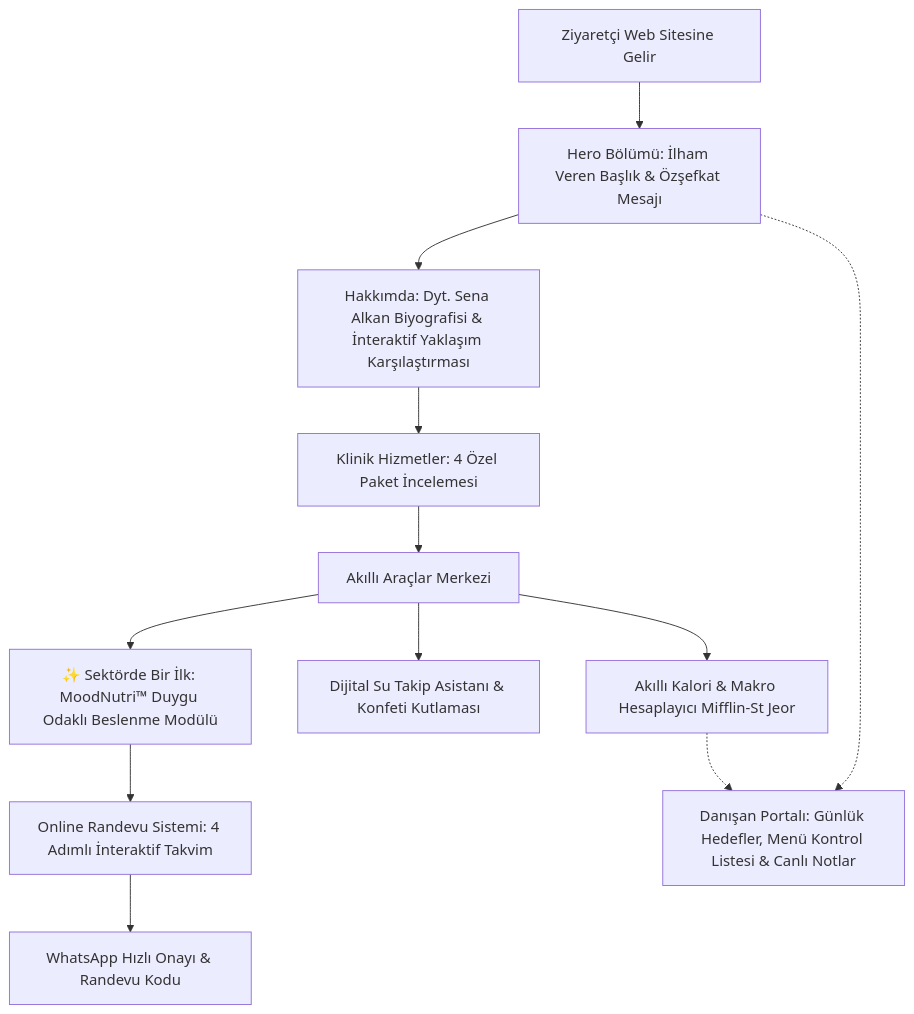
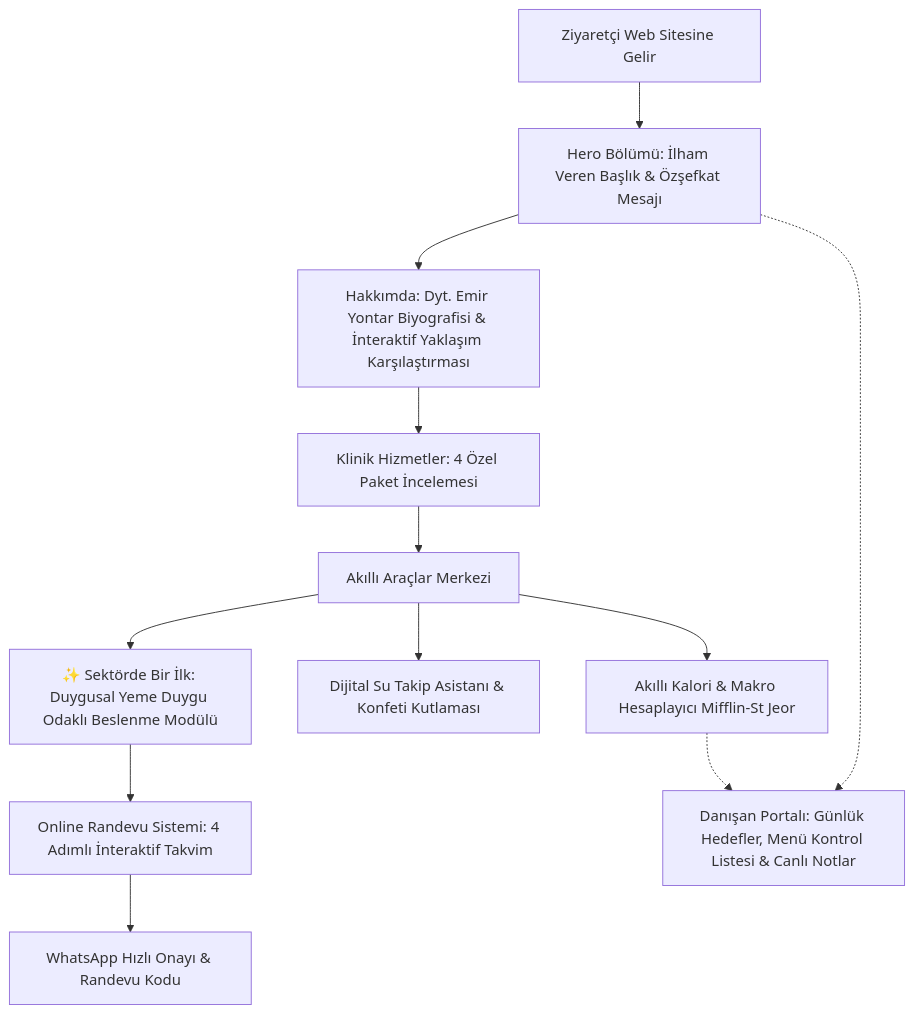
The diagram in README.md (Comodo-Teknoloji-Ve-Ticaret/diyetisyen), drawn with Mermaid before and after one commit. The commit also changed other lines of this file and 26 other files, not shown here.

First line of the commit message:
Diyetisyen sitesi: Emir Yontar olarak yeniden düzenlendi, hatalar düzeltildi

````diff
--- a/README.md
+++ b/README.md
@@ -13,17 +13,17 @@
 ```mermaid
 flowchart TD
     A[Ziyaretçi Web Sitesine Gelir] --> B[Hero Bölümü: İlham Veren Başlık & Özşefkat Mesajı]
-    B --> C[Hakkımda: Dyt. Sena Alkan Biyografisi & İnteraktif Yaklaşım Karşılaştırması]
+    B --> C[Hakkımda: Dyt. Emir Yontar Biyografisi & İnteraktif Yaklaşım Karşılaştırması]
     C --> D[Klinik Hizmetler: 4 Özel Paket İncelemesi]
     D --> E[Akıllı Araçlar Merkezi]
     
     E --> E1[Akıllı Kalori & Makro Hesaplayıcı Mifflin-St Jeor]
     E --> E2[Dijital Su Takip Asistanı & Konfeti Kutlaması]
     
-    E --> F[✨ Sektörde Bir İlk: MoodNutri™ Duygu Odaklı Beslenme Modülü]
+    E --> F[✨ Sektörde Bir İlk: Duygusal Yeme Duygu Odaklı Beslenme Modülü]
     F --> G[Online Randevu Sistemi: 4 Adımlı İnteraktif Takvim]
     G --> H[WhatsApp Hızlı Onayı & Randevu Kodu]
     
     B -.-> I[Danışan Portalı: Günlük Hedefler, Menü Kontrol Listesi & Canlı Notlar]
     E1 -.-> I
 ```
````
